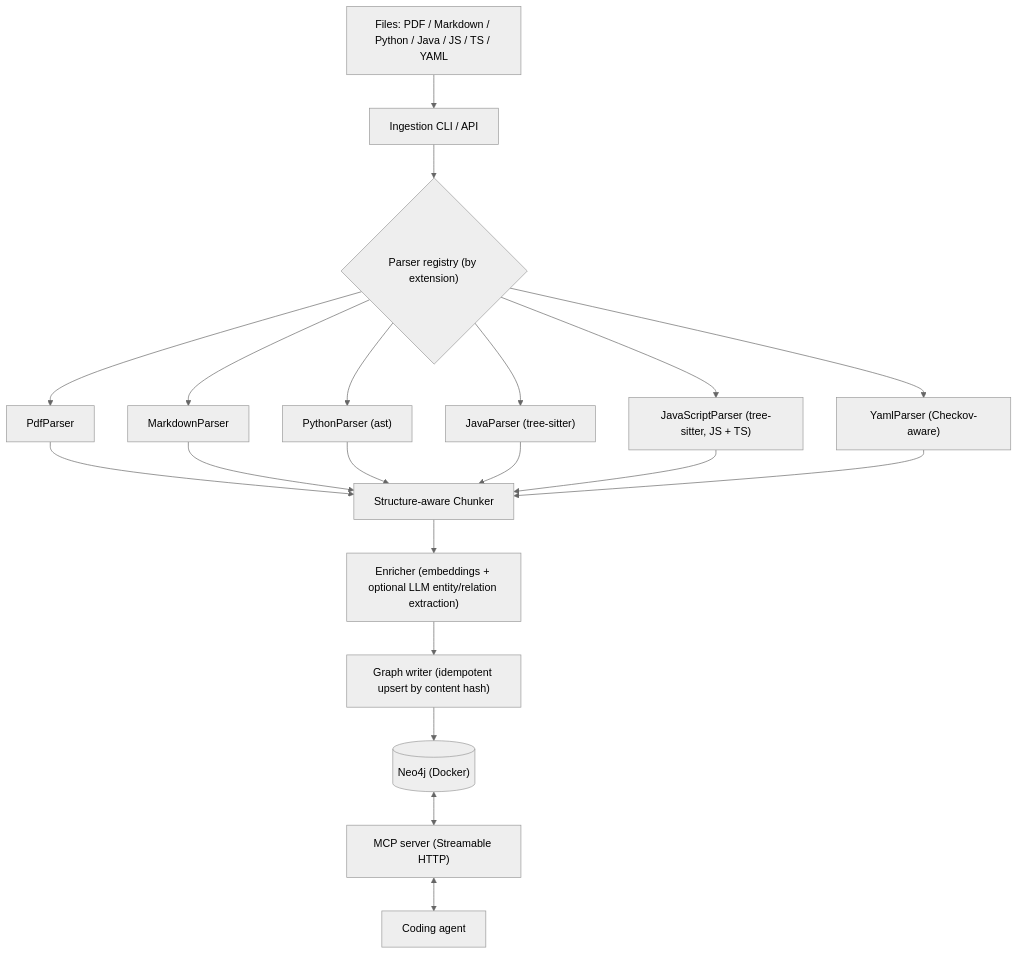
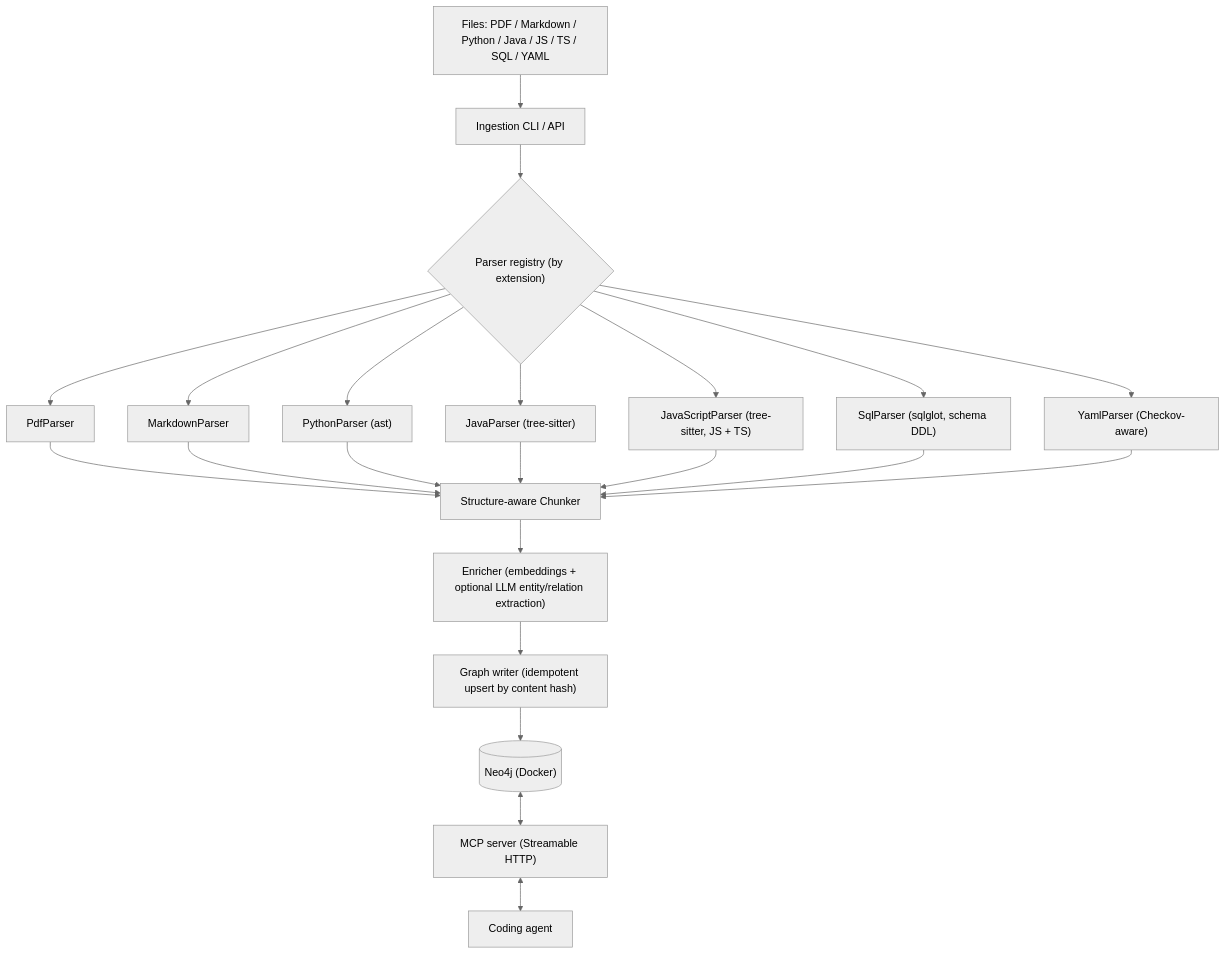
One commit to tmustafiz/graph-rag changed the diagram in README.md. Above: the diagram before and after it, drawn with Mermaid (neutral theme). The commit also changed other lines of this file and 28 other files, not shown here.

First line of the commit message:
SQL schema parser (.sql DDL → DbTable/DbColumn/DbView/DbIndex + REFERENCES) (#91)

````diff
--- a/README.md
+++ b/README.md
@@ -345,22 +346,24 @@
 ```mermaid
 flowchart TD
-    A["Files: PDF / Markdown / Python / Java / JS / TS / YAML"] --> B["Ingestion CLI / API"]
+    A["Files: PDF / Markdown / Python / Java / JS / TS / SQL / YAML"] --> B["Ingestion CLI / API"]
     B --> C{"Parser registry (by extension)"}
     C --> C1["PdfParser"]
     C --> C2["MarkdownParser"]
     C --> C3["PythonParser (ast)"]
     C --> C4["JavaParser (tree-sitter)"]
     C --> C5["JavaScriptParser (tree-sitter, JS + TS)"]
-    C --> C6["YamlParser (Checkov-aware)"]
+    C --> C6["SqlParser (sqlglot, schema DDL)"]
+    C --> C7["YamlParser (Checkov-aware)"]
     C1 --> D["Structure-aware Chunker"]
     C2 --> D
     C3 --> D
     C4 --> D
     C5 --> D
     C6 --> D
+    C7 --> D
     D --> E["Enricher (embeddings + optional LLM entity/relation extraction)"]
     E --> F["Graph writer (idempotent upsert by content hash)"]
     F --> G[("Neo4j (Docker)")]
     G <--> H["MCP server (Streamable HTTP)"]
     H <--> I["Coding agent"]
 ```
````
